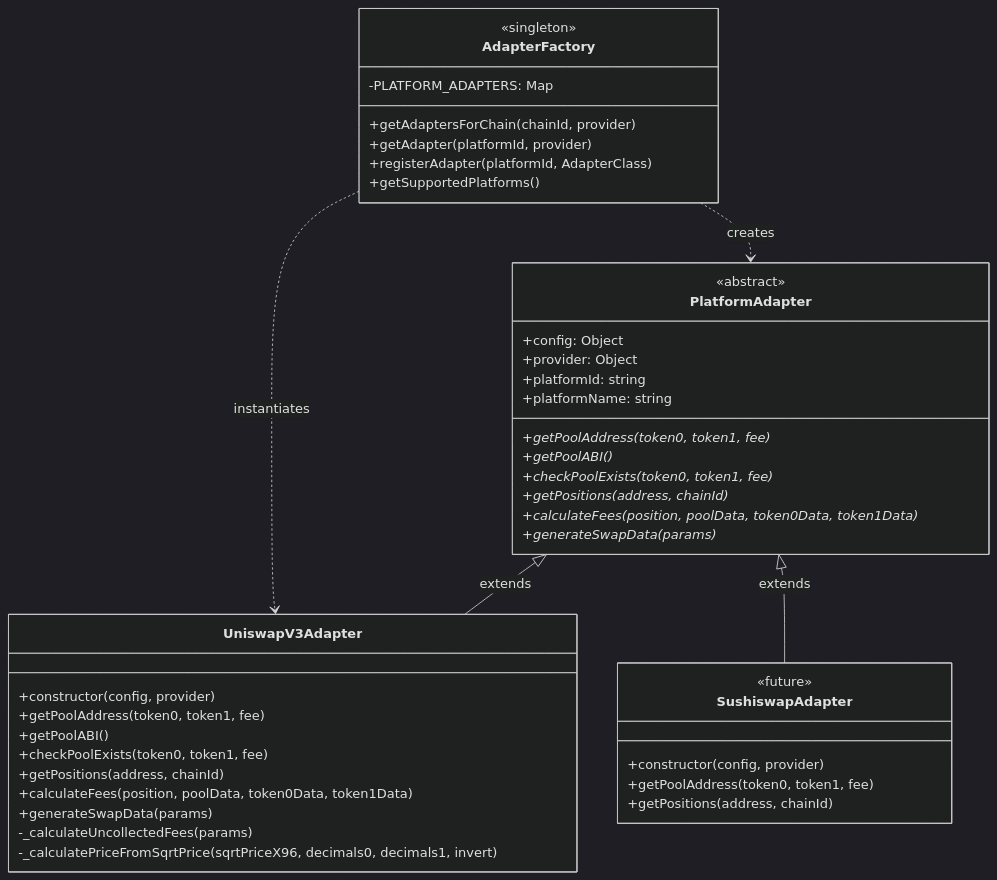
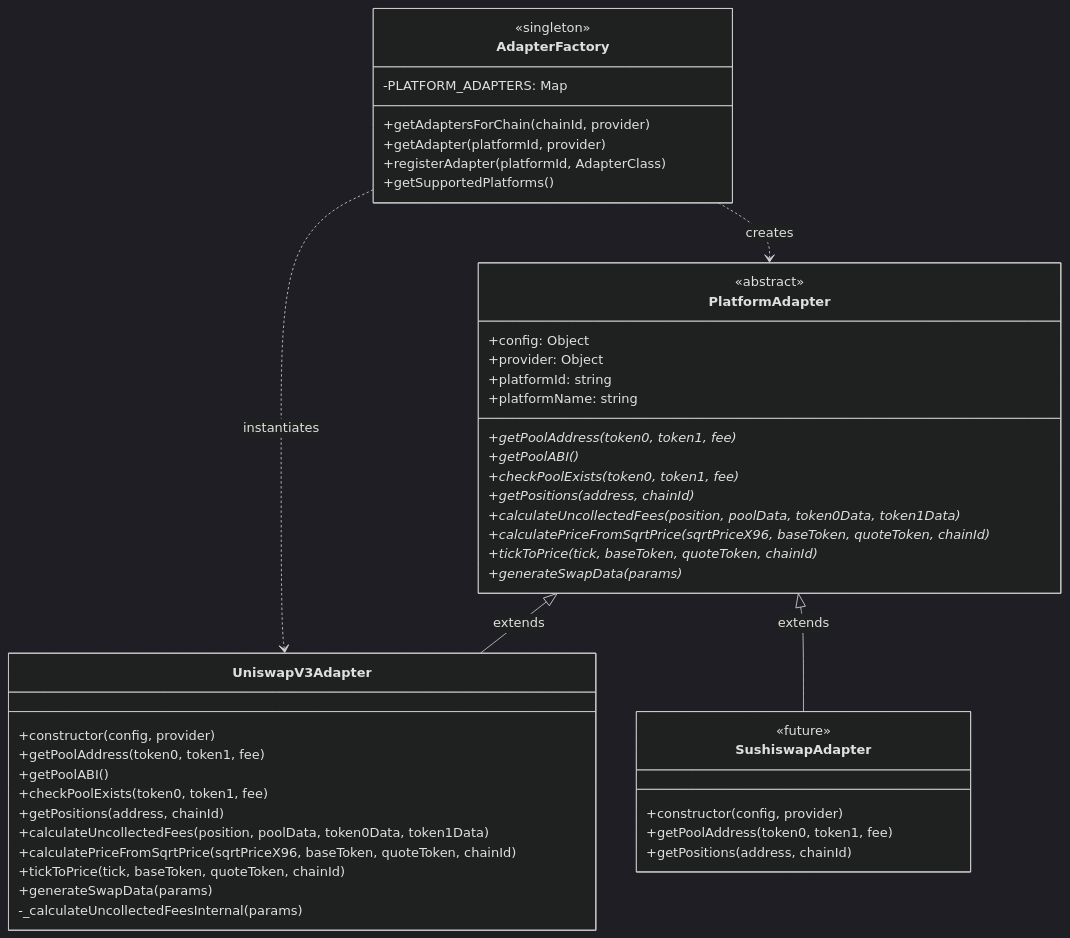
Before and after one commit to derrek-b/fum_project: the second of 5 diagrams in docs/diagrams/mermaid/component-interaction.md, drawn with Mermaid (dark theme). The commit also changed 10 other files, not shown here.

````diff
--- a/docs/diagrams/mermaid/component-interaction.md
+++ b/docs/diagrams/mermaid/component-interaction.md
@@ -36,49 +36,52 @@
 ```mermaid
 classDiagram
     class PlatformAdapter {
         <<abstract>>
         +config: Object
         +provider: Object
         +platformId: string
         +platformName: string
         +getPoolAddress(token0, token1, fee)*
         +getPoolABI()*
         +checkPoolExists(token0, token1, fee)*
         +getPositions(address, chainId)*
-        +calculateFees(position, poolData, token0Data, token1Data)*
+        +calculateUncollectedFees(position, poolData, token0Data, token1Data)*
+        +calculatePriceFromSqrtPrice(sqrtPriceX96, baseToken, quoteToken, chainId)*
+        +tickToPrice(tick, baseToken, quoteToken, chainId)*
         +generateSwapData(params)*
     }
     
     class UniswapV3Adapter {
         +constructor(config, provider)
         +getPoolAddress(token0, token1, fee)
         +getPoolABI()
         +checkPoolExists(token0, token1, fee)
         +getPositions(address, chainId)
-        +calculateFees(position, poolData, token0Data, token1Data)
+        +calculateUncollectedFees(position, poolData, token0Data, token1Data)
+        +calculatePriceFromSqrtPrice(sqrtPriceX96, baseToken, quoteToken, chainId)
+        +tickToPrice(tick, baseToken, quoteToken, chainId)
         +generateSwapData(params)
-        -_calculateUncollectedFees(params)
-        -_calculatePriceFromSqrtPrice(sqrtPriceX96, decimals0, decimals1, invert)
+        -_calculateUncollectedFeesInternal(params)
     }
     
     class AdapterFactory {
         <<singleton>>
         -PLATFORM_ADAPTERS: Map
         +getAdaptersForChain(chainId, provider)
         +getAdapter(platformId, provider)
         +registerAdapter(platformId, AdapterClass)
         +getSupportedPlatforms()
     }
     
     class SushiswapAdapter {
         <<future>>
         +constructor(config, provider)
         +getPoolAddress(token0, token1, fee)
         +getPositions(address, chainId)
     }
     
     PlatformAdapter <|-- UniswapV3Adapter : extends
     PlatformAdapter <|-- SushiswapAdapter : extends
     AdapterFactory ..> PlatformAdapter : creates
     AdapterFactory ..> UniswapV3Adapter : instantiates
 ```
````
